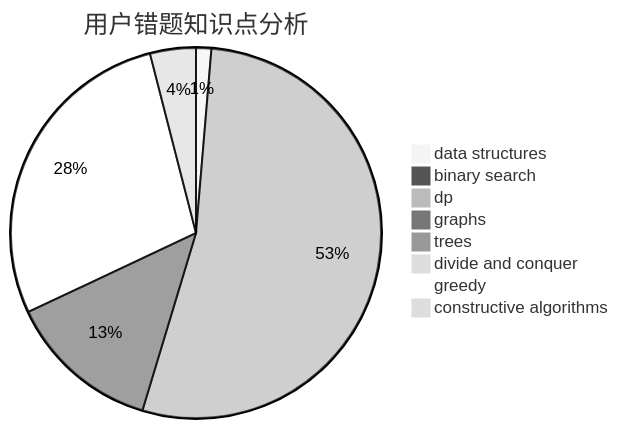
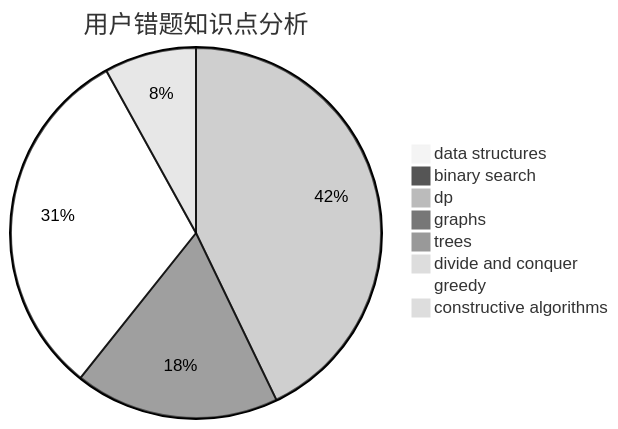
Before and after one commit to sherpahu/cfrs.github.io: the third of 3 diagrams in docs/user/u332.md, drawn with Mermaid (neutral theme). The commit also changed other lines of this file and 2770 other files, not shown here.

````diff
--- a/docs/user/u332.md
+++ b/docs/user/u332.md
@@ -36,11 +36,11 @@
 ```mermaid
 pie title 用户错题知识点分析
     "data structures" :  1
     "binary search" :  0
-    "dp" :  40
-    "graphs" :  10
+    "dp" :  48
+    "graphs" :  20
     "trees" :  0
     "divide and conquer" :  0
-    "greedy" :  21
-    "constructive algorithms" :  3
+    "greedy" :  35
+    "constructive algorithms" :  9
 ```
````
